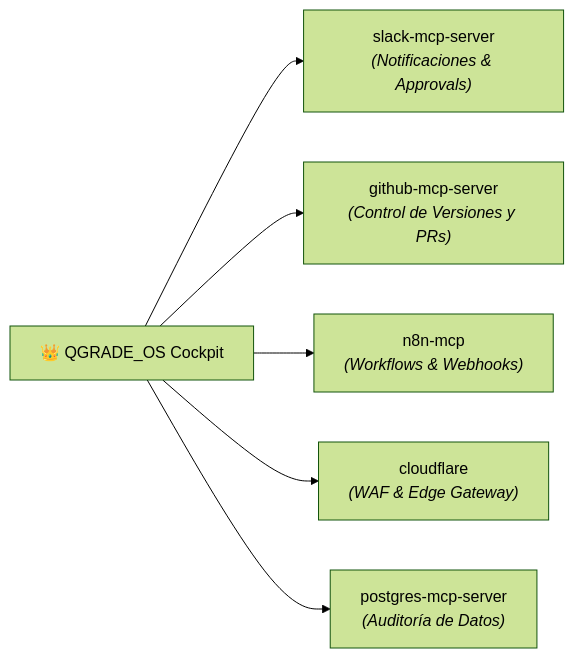
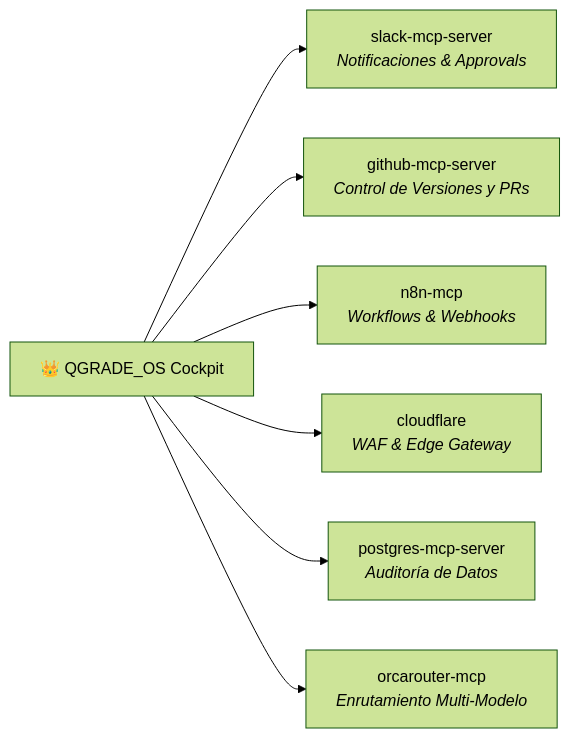
Before and after one commit to Tardigrado-76/Capgemini: the diagram in QGRADE_OS Iwan reference/MCP_INTEGRATION.md, drawn with Mermaid (forest theme). The commit also changed other lines of this file and 10 other files, not shown here.

````diff
--- a/QGRADE_OS Iwan reference/MCP_INTEGRATION.md
+++ b/QGRADE_OS Iwan reference/MCP_INTEGRATION.md
@@ -13,8 +11,9 @@
 ```mermaid
 graph LR
-    Cockpit["👑 QGRADE_OS Cockpit"] --> SlackMCP["slack-mcp-server<br/><i>(Notificaciones & Approvals)</i>"]
-    Cockpit --> GithubMCP["github-mcp-server<br/><i>(Control de Versiones y PRs)</i>"]
-    Cockpit --> N8nMCP["n8n-mcp<br/><i>(Workflows & Webhooks)</i>"]
-    Cockpit --> CloudflareMCP["cloudflare<br/><i>(WAF & Edge Gateway)</i>"]
-    Cockpit --> PostgresMCP["postgres-mcp-server<br/><i>(Auditoría de Datos)</i>"]
+    Cockpit["👑 QGRADE_OS Cockpit"] --> SlackMCP["slack-mcp-server<br/><i>Notificaciones & Approvals</i>"]
+    Cockpit --> GithubMCP["github-mcp-server<br/><i>Control de Versiones y PRs</i>"]
+    Cockpit --> N8nMCP["n8n-mcp<br/><i>Workflows & Webhooks</i>"]
+    Cockpit --> CloudflareMCP["cloudflare<br/><i>WAF & Edge Gateway</i>"]
+    Cockpit --> PostgresMCP["postgres-mcp-server<br/><i>Auditoría de Datos</i>"]
+    Cockpit --> OrcaMCP["orcarouter-mcp<br/><i>Enrutamiento Multi-Modelo</i>"]
 ```
````
